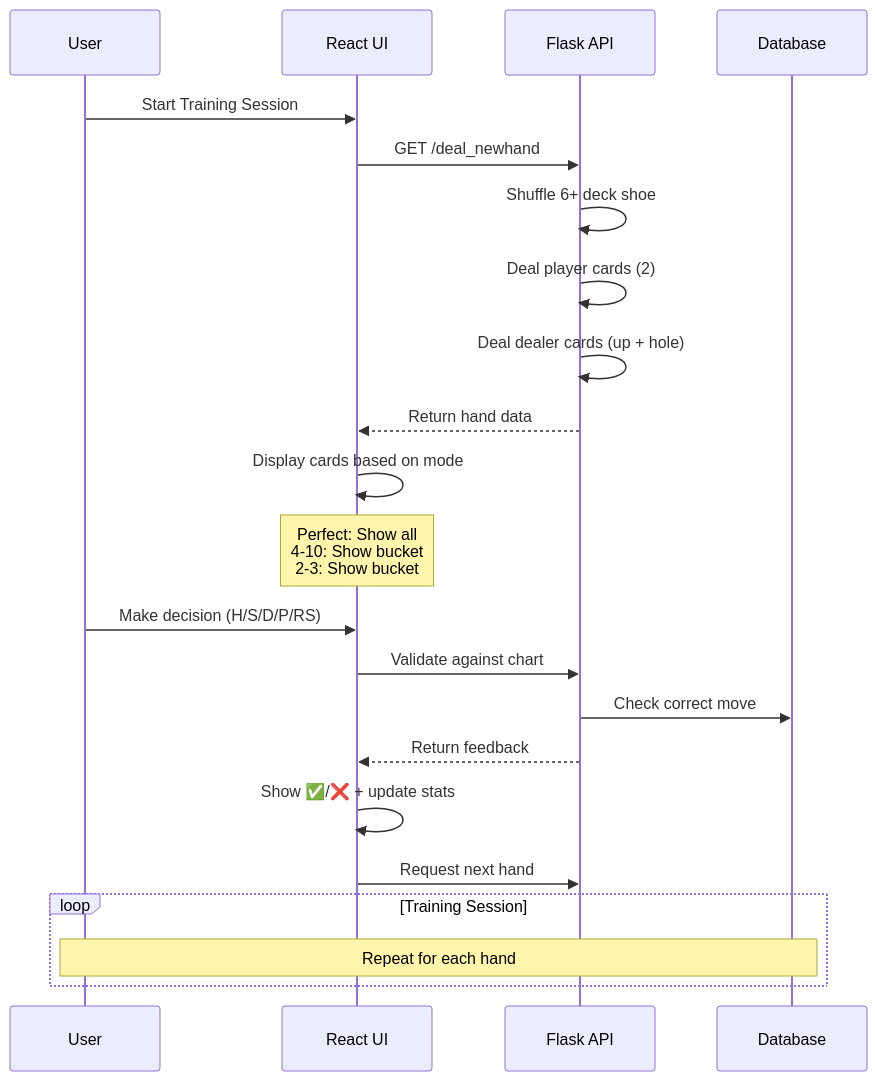
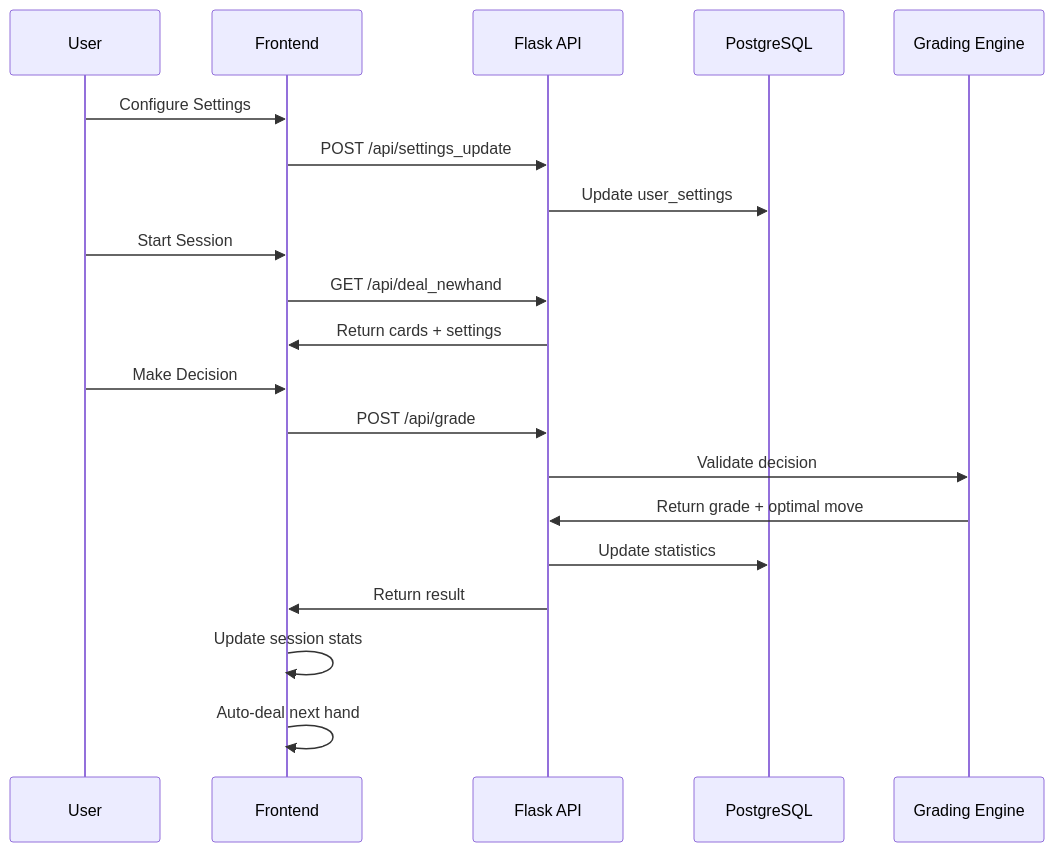
The second of 7 diagrams in README.md (AmolMendonca/bet404-v2), drawn with Mermaid before and after one commit. The commit also changed other lines of this file, not shown here.

````diff
--- a/README.md
+++ b/README.md
@@ -77,29 +61,26 @@
 ```mermaid
 sequenceDiagram
     participant U as User
-    participant UI as React UI
+    participant FE as Frontend
     participant API as Flask API
-    participant DB as Database
+    participant DB as PostgreSQL
+    participant GE as Grading Engine
     
-    U->>UI: Start Training Session
-    UI->>API: GET /deal_newhand
-    API->>API: Shuffle 6+ deck shoe
-    API->>API: Deal player cards (2)
-    API->>API: Deal dealer cards (up + hole)
-    API-->>UI: Return hand data
+    U->>FE: Configure Settings
+    FE->>API: POST /api/settings_update
+    API->>DB: Update user_settings
     
-    UI->>UI: Display cards based on mode
-    Note over UI: Perfect: Show all<br/>4-10: Show bucket<br/>2-3: Show bucket
+    U->>FE: Start Session
+    FE->>API: GET /api/deal_newhand
+    API->>FE: Return cards + settings
     
-    U->>UI: Make decision (H/S/D/P/RS)
-    UI->>API: Validate against chart
-    API->>DB: Check correct move
-    API-->>UI: Return feedback
+    U->>FE: Make Decision
+    FE->>API: POST /api/grade
+    API->>GE: Validate decision
+    GE->>API: Return grade + optimal move
+    API->>DB: Update statistics
+    API->>FE: Return result
     
-    UI->>UI: Show ✅/❌ + update stats
-    UI->>API: Request next hand
-    
-    loop Training Session
-        Note over U,DB: Repeat for each hand
-    end
+    FE->>FE: Update session stats
+    FE->>FE: Auto-deal next hand
 ```
````
